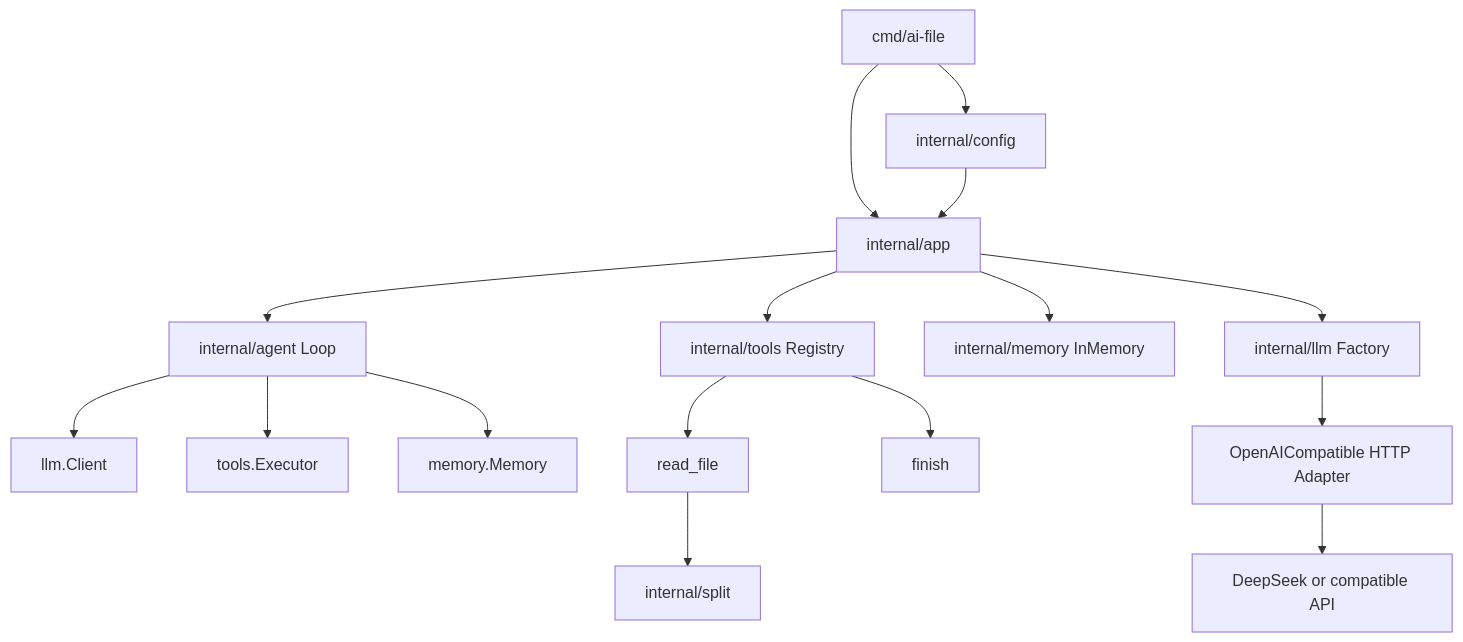
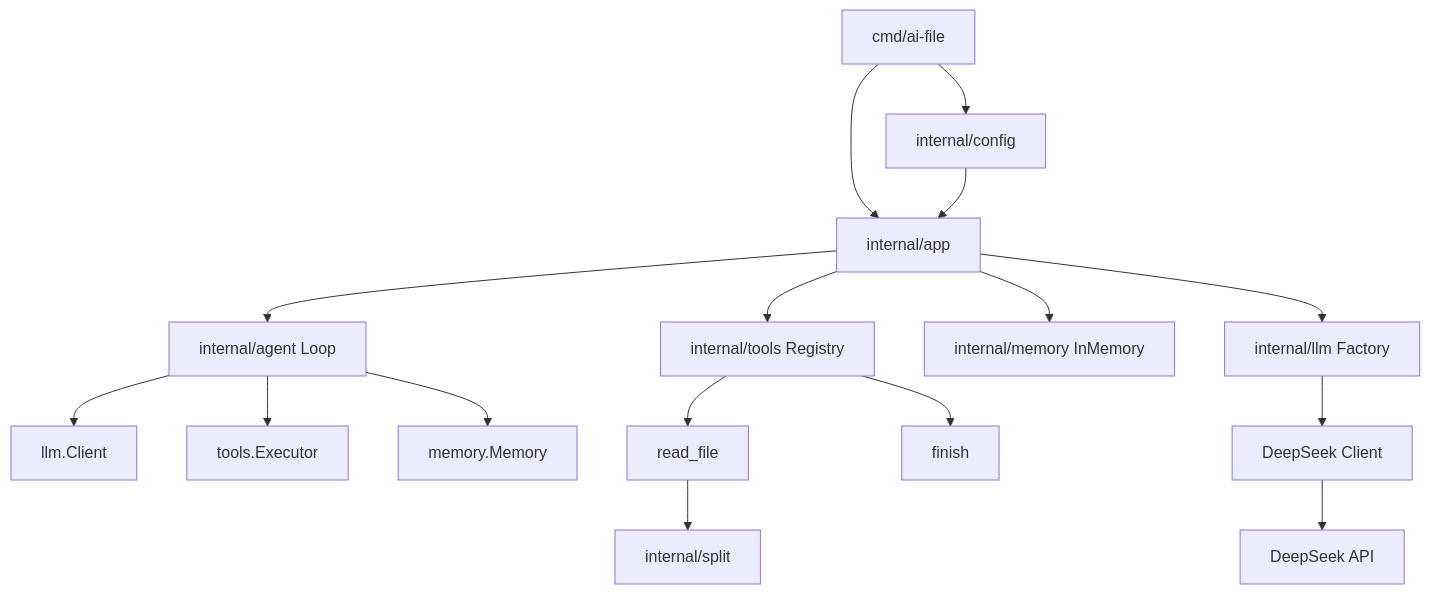
One commit to xiaoxlm/ai-file changed the first of 2 diagrams in docs/technical-design-v1.0.0.md. Above: the diagram before and after it, drawn with Mermaid. The commit also changed other lines of this file and 13 other files, not shown here.

Commit message:
refactor: Update README and configuration to support DeepSeek as the sole LLM provider; remove OpenAI references and adjust related documentation and code accordingly

````diff
--- a/docs/technical-design-v1.0.0.md
+++ b/docs/technical-design-v1.0.0.md
@@ -37,18 +37,18 @@
 ```mermaid
 flowchart TD
     cli[cmd/ai-file] --> app[internal/app]
     cli --> config[internal/config]
     config --> app
     app --> agent[internal/agent Loop]
     app --> registry[internal/tools Registry]
     app --> memory[internal/memory InMemory]
     app --> factory[internal/llm Factory]
-    factory --> compat[OpenAICompatible HTTP Adapter]
+    factory --> deepseek[DeepSeek Client]
     agent --> client[llm.Client]
     agent --> executor[tools.Executor]
     agent --> store[memory.Memory]
     registry --> readFile[read_file]
     registry --> finish[finish]
     readFile --> split[internal/split]
-    compat --> api[DeepSeek or compatible API]
+    deepseek --> api[DeepSeek API]
 ```
````
